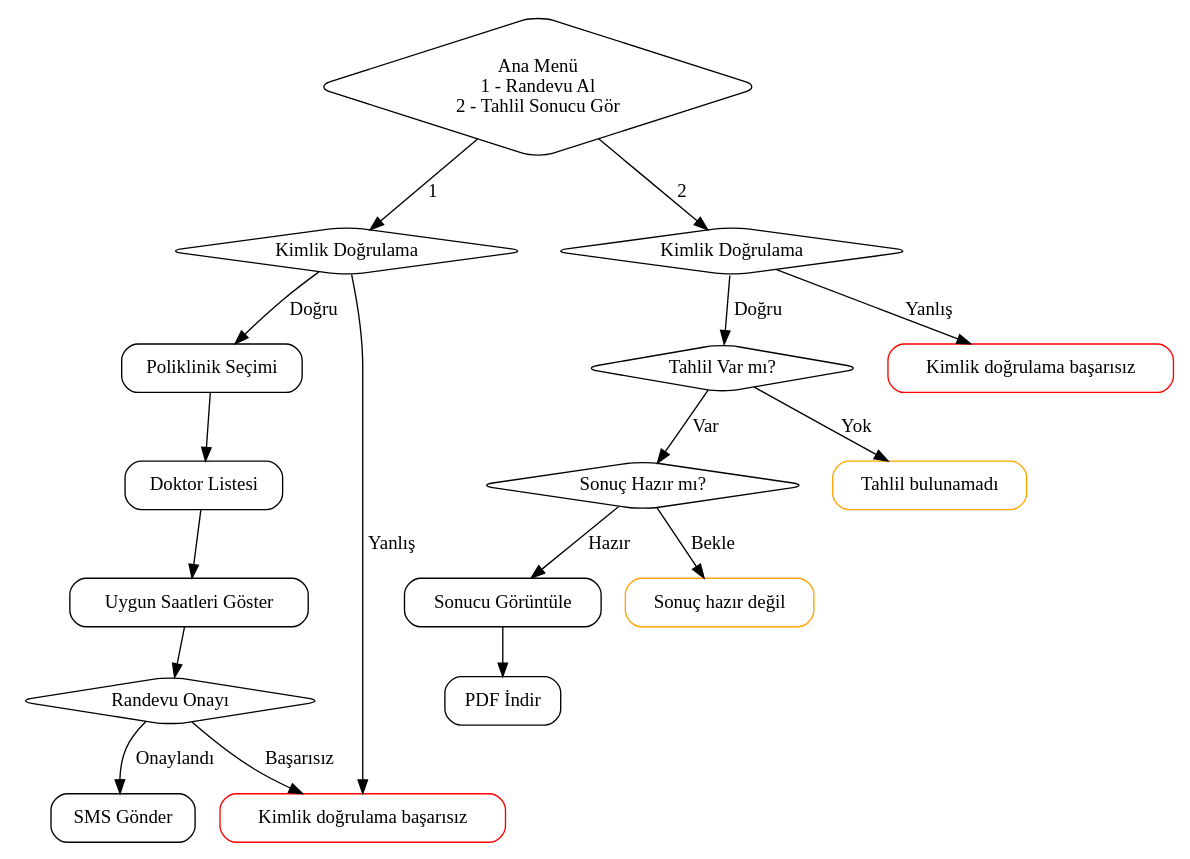
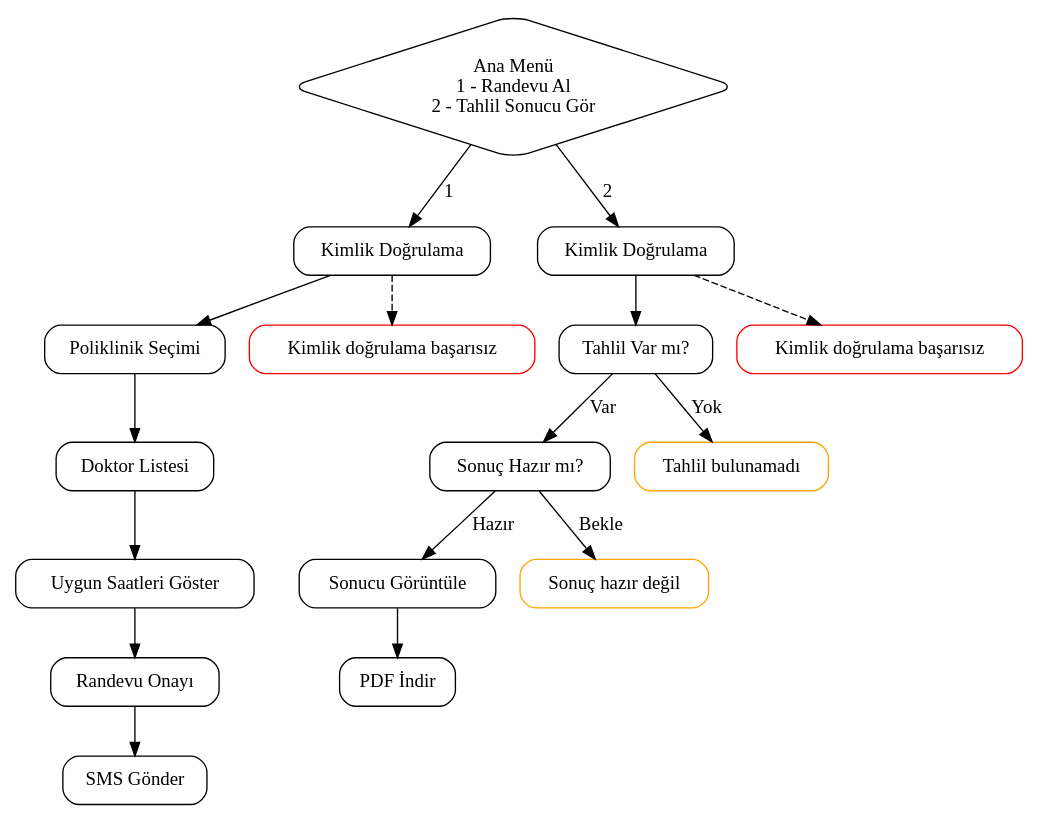
One commit to FiratUniversity-FerhatUcarsLAB/hafta-02-flowcharts-yusuftugradeveci23 changed the diagram in TASK-3/flowchart.dot. Above: the diagram before and after it, drawn with Graphviz. The commit also changed other lines of this file, not shown here.

```diff
--- a/TASK-3/flowchart.dot
+++ b/TASK-3/flowchart.dot
@@ -1,48 +1,47 @@
 digraph HastaneSistemi {
     rankdir=TB; // Üstten alta akış
     node [shape=box, style=rounded];
 
     // Ana Menü
     Menu [label="Ana Menü\n1 - Randevu Al\n2 - Tahlil Sonucu Gör", shape=diamond];
 
     // Randevu Modülü
-    KimlikR [label="Kimlik Doğrulama", shape=diamond];
+    KimlikR [label="Kimlik Doğrulama"];
     Poliklinik [label="Poliklinik Seçimi"];
     Doktor [label="Doktor Listesi"];
     Saatler [label="Uygun Saatleri Göster"];
-    Onay [label="Randevu Onayı", shape=diamond];
+    Onay [label="Randevu Onayı"];
     SMS [label="SMS Gönder"];
     HataR [label="Kimlik doğrulama başarısız", color=red];
 
     // Tahlil Modülü
-    KimlikT [label="Kimlik Doğrulama", shape=diamond];
-    TahlilVar [label="Tahlil Var mı?", shape=diamond];
-    SonucHazir [label="Sonuç Hazır mı?", shape=diamond];
+    KimlikT [label="Kimlik Doğrulama"];
+    TahlilVar [label="Tahlil Var mı?"];
+    SonucHazir [label="Sonuç Hazır mı?"];
     Goruntule [label="Sonucu Görüntüle"];
     PDF [label="PDF İndir"];
     Bekle [label="Sonuç hazır değil", color=orange];
     Yok [label="Tahlil bulunamadı", color=orange];
     HataT [label="Kimlik doğrulama başarısız", color=red];
 
     // Ana Menü -> Modüller
     Menu -> KimlikR [label="1"];
     Menu -> KimlikT [label="2"];
 
-    // Randevu Modülü Akışı
-    KimlikR -> Poliklinik [label="Doğru"];
-    KimlikR -> HataR [label="Yanlış"];
+    // Randevu Modülü Akışı (alt alta)
+    KimlikR -> Poliklinik;
     Poliklinik -> Doktor;
     Doktor -> Saatler;
     Saatler -> Onay;
-    Onay -> SMS [label="Onaylandı"];
-    Onay -> HataR [label="Başarısız"];
+    Onay -> SMS;
+    KimlikR -> HataR [style=dashed];
 
-    // Tahlil Modülü Akışı
-    KimlikT -> TahlilVar [label="Doğru"];
-    KimlikT -> HataT [label="Yanlış"];
+    // Tahlil Modülü Akışı (alt alta)
+    KimlikT -> TahlilVar;
     TahlilVar -> SonucHazir [label="Var"];
     TahlilVar -> Yok [label="Yok"];
     SonucHazir -> Goruntule [label="Hazır"];
     SonucHazir -> Bekle [label="Bekle"];
     Goruntule -> PDF;
+    KimlikT -> HataT [style=dashed];
 }
```
